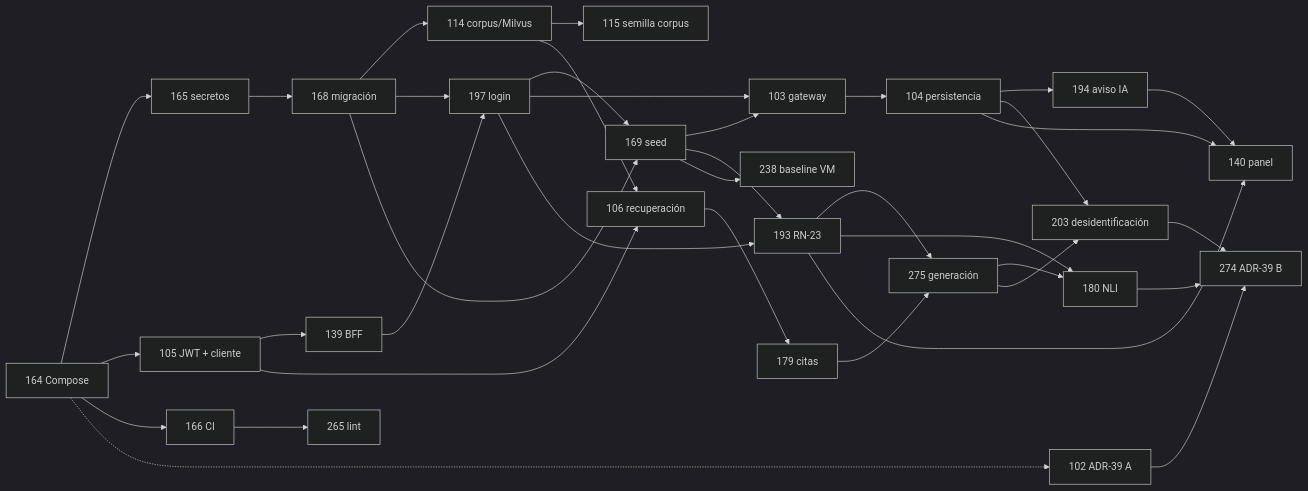
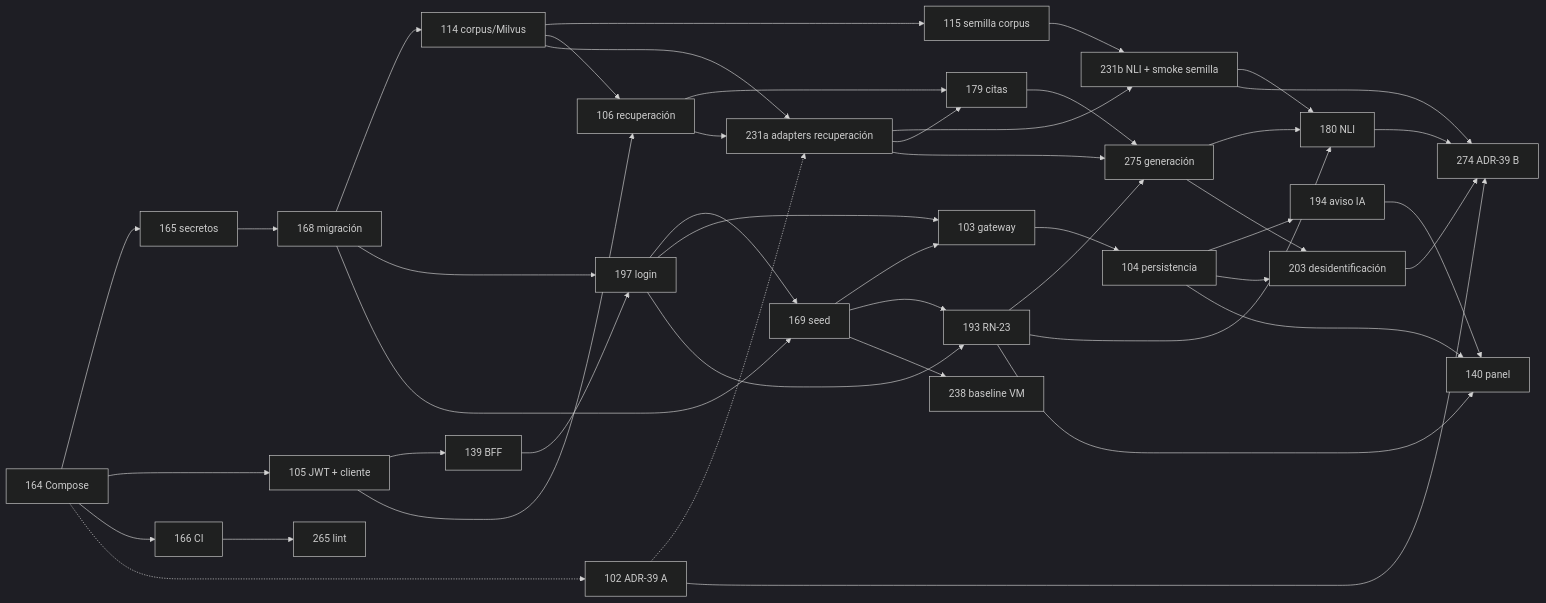
Before and after one commit to hatrickmario/OncoLens-Lab: the diagram in backlog/sprints/S1-plan.md, drawn with Mermaid (dark theme). The commit also changed other lines of this file and 2 other files, not shown here.

````diff
--- a/backlog/sprints/S1-plan.md
+++ b/backlog/sprints/S1-plan.md
@@ -44,25 +47,30 @@
 ```mermaid
 flowchart LR
   C164[164 Compose] --> C165[165 secretos] & C105[105 JWT + cliente] & C166[166 CI]
   C164 -.-> C102[102 ADR-39 A]
   C165 --> C168[168 migración]
   C166 --> C265[265 lint]
   C105 --> C139[139 BFF]
   C168 --> C114[114 corpus/Milvus] & C197[197 login]
   C139 --> C197
   C197 --> C169[169 seed]
   C168 --> C169
   C114 --> C115[115 semilla corpus] & C106[106 recuperación]
   C105 --> C106
   C169 --> C103[103 gateway] & C193[193 RN-23]
   C197 --> C103 & C193
   C106 --> C179[179 citas] --> C275[275 generación] --> C180[180 NLI]
+  C106 & C114 --> C231a[231a adapters recuperación] --> C231b[231b NLI + smoke semilla]
+  C102 -.-> C231a
+  C115 --> C231b
+  C231a --> C179 & C275
+  C231b --> C180
   C193 --> C275 & C180
   C103 --> C104[104 persistencia] --> C194[194 aviso IA] & C203[203 desidentificación]
   C275 --> C203
   C169 --> C238[238 baseline VM]
   C194 --> C140[140 panel]
   C193 --> C140
   C104 --> C140
-  C180 & C203 & C102 --> C274[274 ADR-39 B]
+  C180 & C203 & C102 & C231b --> C274[274 ADR-39 B]
 ```
````
